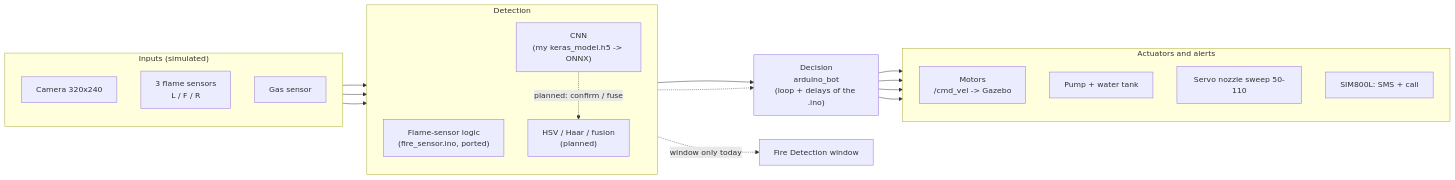
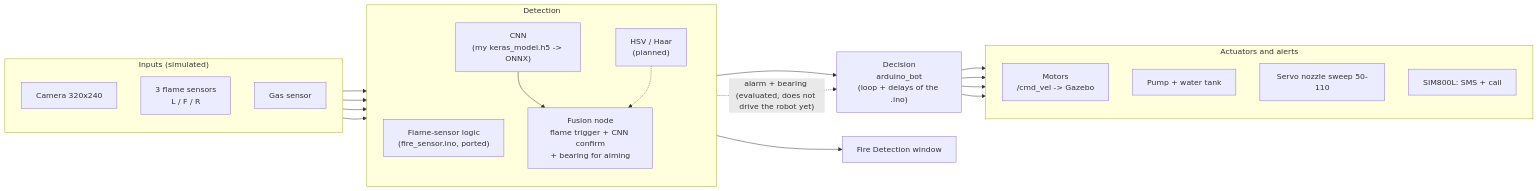
The first of 3 diagrams in README.md (mrsssok2/ai_fire), drawn with Mermaid before and after one commit. The commit also changed other lines of this file and 24 other files, not shown here.

First line of the commit message:
ros2_sim: flame+CNN fusion with decoys, evaluations, non-blocking alert firmware

````diff
--- a/README.md
+++ b/README.md
@@ -104,34 +104,37 @@
 ```mermaid
 flowchart LR
   subgraph IN["Inputs (simulated)"]
     direction TB
     cam["Camera 320x240"]
     fl["3 flame sensors<br/>L / F / R"]
     gas["Gas sensor"]
   end
   subgraph DET["Detection"]
     direction TB
     ino["Flame-sensor logic<br/>(fire_sensor.ino, ported)"]
     cnn["CNN<br/>(my keras_model.h5 -> ONNX)"]
-    plan["HSV / Haar / fusion<br/>(planned)"]
+    fus["Fusion node<br/>flame trigger + CNN confirm<br/>+ bearing for aiming"]
+    plan["HSV / Haar<br/>(planned)"]
   end
   dec["Decision<br/>arduino_bot<br/>(loop + delays of the .ino)"]
   subgraph OUT["Actuators and alerts"]
     direction TB
     mot["Motors<br/>/cmd_vel -> Gazebo"]
     pump["Pump + water tank"]
     srv["Servo nozzle sweep 50-110"]
     gsm["SIM800L: SMS + call"]
   end
   fl --> ino
   gas --> ino
   ino --> dec
   cam --> cnn
-  cnn -. "window only today" .-> win["Fire Detection window"]
-  cnn -. "planned: confirm / fuse" .-> plan
-  plan -.-> dec
+  cnn --> win["Fire Detection window"]
+  cnn --> fus
+  fl --> fus
+  fus -. "alarm + bearing (evaluated, does not drive the robot yet)" .-> dec
+  plan -.-> fus
   dec --> mot
   dec --> pump
   dec --> srv
   dec --> gsm
 ```
````
